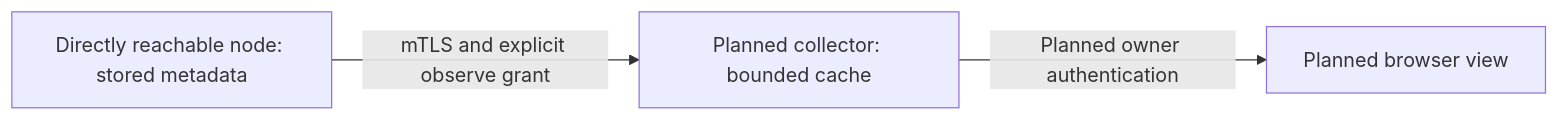
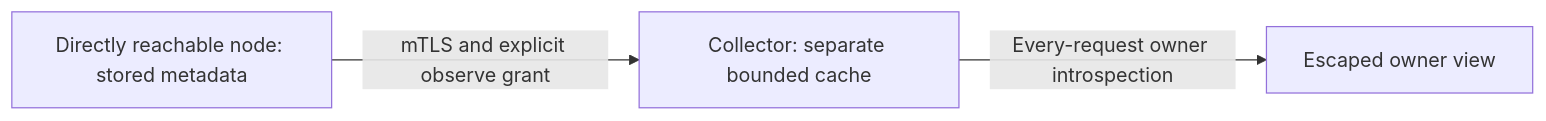
The diagram in docs/src/content/docs/concepts/fleet-observer.mdx (sini/xmsg), drawn with Mermaid before and after one commit. The commit also changed other lines of this file and 3 other files, not shown here.

Commit message:
document collector owner checks retention and restart states

````diff
--- a/docs/src/content/docs/concepts/fleet-observer.mdx
+++ b/docs/src/content/docs/concepts/fleet-observer.mdx
@@ -19,5 +19,5 @@
 ```mermaid
 flowchart LR
-  N["Directly reachable node: stored metadata"] -->|"mTLS and explicit observe grant"| C["Planned collector: bounded cache"]
-  C -->|"Planned owner authentication"| B["Planned browser view"]
+  N["Directly reachable node: stored metadata"] -->|"mTLS and explicit observe grant"| C["Collector: separate bounded cache"]
+  C -->|"Every-request owner introspection"| B["Escaped owner view"]
 ```
````
